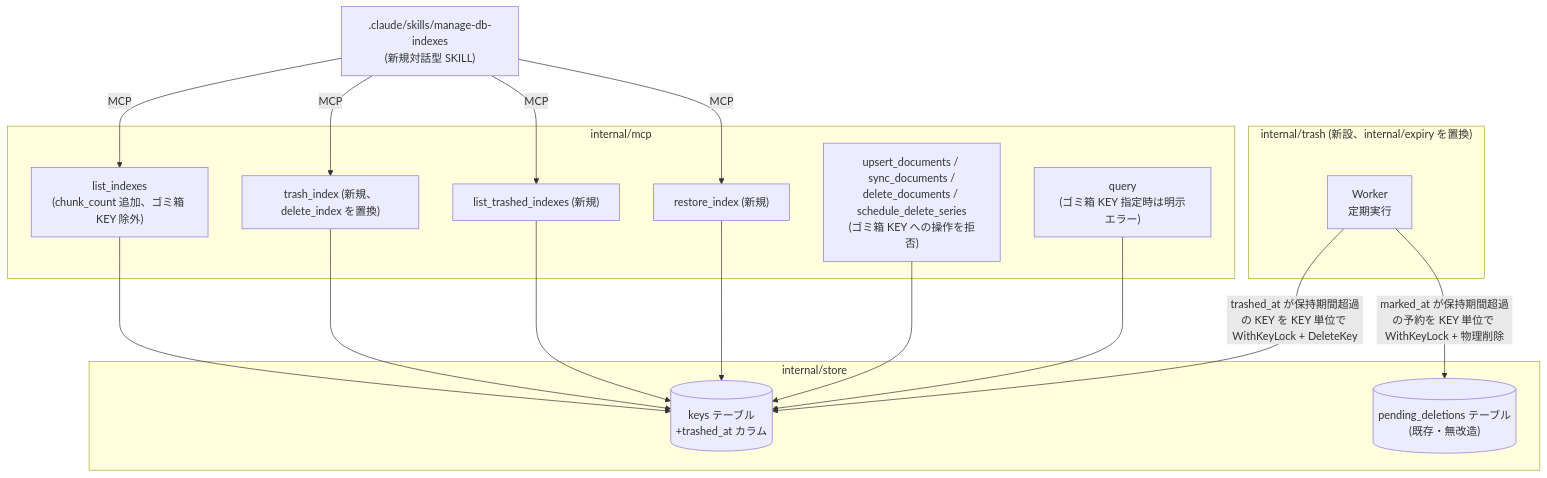
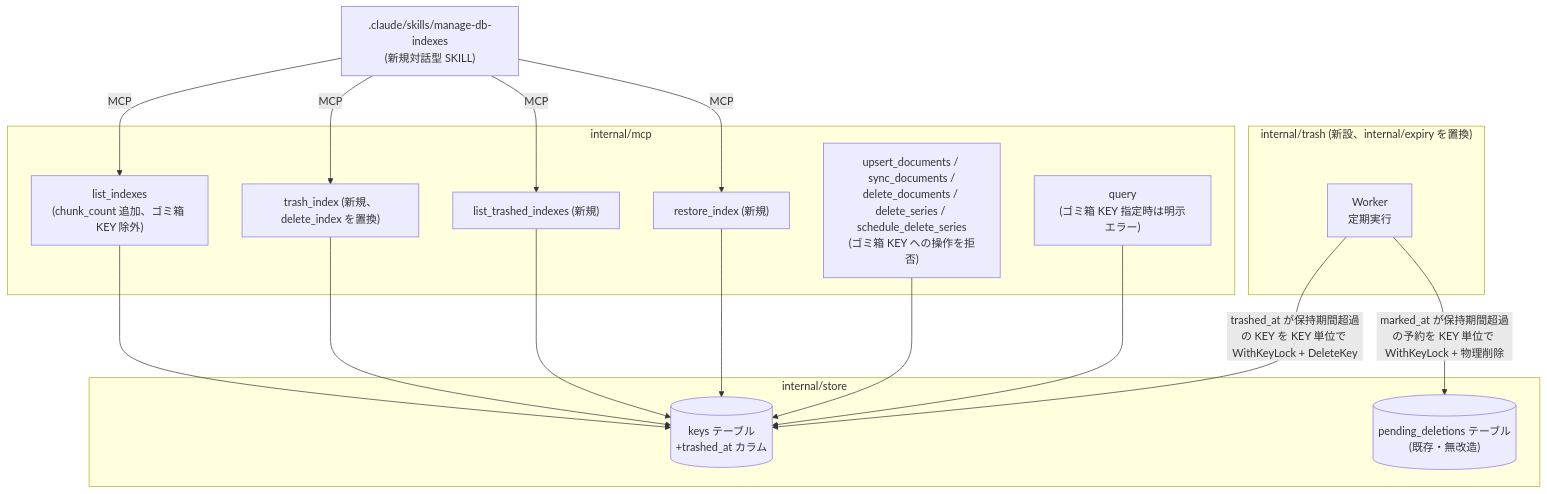
Before and after one commit to BlueEventHorizon/doc-db-mcp-server: the first of 6 diagrams in docs/specs/expiry-visibility/design/DES-003_expiry_visibility_design.md, drawn with Mermaid. The commit also changed other lines of this file and 5 other files, not shown here.

````diff
--- a/docs/specs/expiry-visibility/design/DES-003_expiry_visibility_design.md
+++ b/docs/specs/expiry-visibility/design/DES-003_expiry_visibility_design.md
@@ -25,35 +25,35 @@
 ```mermaid
 flowchart TB
     subgraph MCP["internal/mcp"]
         LI["list_indexes\n(chunk_count 追加、ゴミ箱 KEY 除外)"]
         TI["trash_index (新規、delete_index を置換)"]
         LT["list_trashed_indexes (新規)"]
         RI["restore_index (新規)"]
-        UP["upsert_documents / sync_documents /\ndelete_documents / schedule_delete_series\n(ゴミ箱 KEY への操作を拒否)"]
+        UP["upsert_documents / sync_documents /\ndelete_documents / delete_series / schedule_delete_series\n(ゴミ箱 KEY への操作を拒否)"]
         Q["query\n(ゴミ箱 KEY 指定時は明示エラー)"]
     end
 
     subgraph Store["internal/store"]
         KeysTable[("keys テーブル\n+trashed_at カラム")]
         PendingTable[("pending_deletions テーブル\n(既存・無改造)")]
     end
 
     subgraph Trash["internal/trash (新設、internal/expiry を置換)"]
         Worker["Worker\n定期実行"]
     end
 
     LI --> KeysTable
     TI --> KeysTable
     LT --> KeysTable
     RI --> KeysTable
     UP --> KeysTable
     Q --> KeysTable
 
     Worker -->|"trashed_at が保持期間超過の KEY を KEY 単位で WithKeyLock + DeleteKey"| KeysTable
     Worker -->|"marked_at が保持期間超過の予約を KEY 単位で WithKeyLock + 物理削除"| PendingTable
 
     SKILL[".claude/skills/manage-db-indexes\n(新規対話型 SKILL)"] -->|MCP| LI
     SKILL -->|MCP| TI
     SKILL -->|MCP| LT
     SKILL -->|MCP| RI
 ```
````
